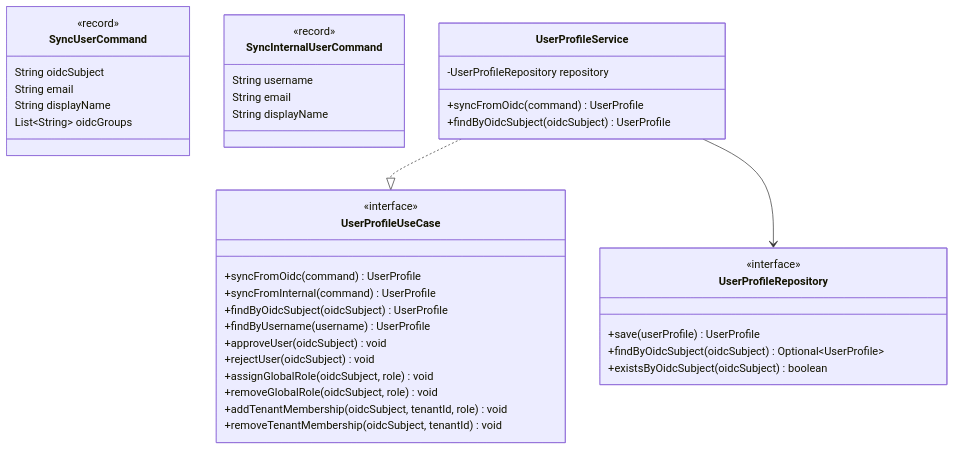
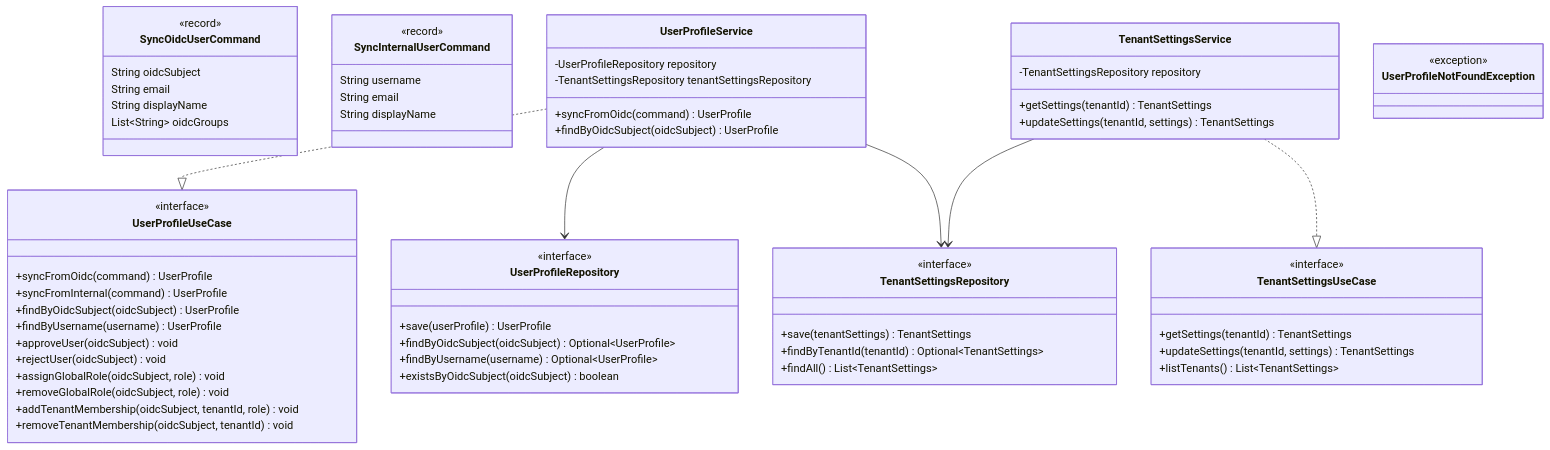
The third of 4 diagrams in docs/design/modules/ROOT/pages/user-management/index.adoc (tomirgang/tomsblog), drawn with Mermaid before and after one commit. The commit also changed other lines of this file and 10 other files, not shown here.

```diff
--- a/docs/design/modules/ROOT/pages/user-management/index.adoc
+++ b/docs/design/modules/ROOT/pages/user-management/index.adoc
@@ -174,48 +174,77 @@
 [mermaid]
 ----
 classDiagram
     class UserProfileUseCase {
         <<interface>>
         +syncFromOidc(command) UserProfile
         +syncFromInternal(command) UserProfile
         +findByOidcSubject(oidcSubject) UserProfile
         +findByUsername(username) UserProfile
         +approveUser(oidcSubject) void
         +rejectUser(oidcSubject) void
         +assignGlobalRole(oidcSubject, role) void
         +removeGlobalRole(oidcSubject, role) void
         +addTenantMembership(oidcSubject, tenantId, role) void
         +removeTenantMembership(oidcSubject, tenantId) void
     }
 
-    class SyncUserCommand {
+    class TenantSettingsUseCase {
+        <<interface>>
+        +getSettings(tenantId) TenantSettings
+        +updateSettings(tenantId, settings) TenantSettings
+        +listTenants() List~TenantSettings~
+    }
+
+    class SyncOidcUserCommand {
         <<record>>
         String oidcSubject
         String email
         String displayName
         List~String~ oidcGroups
     }
 
     class SyncInternalUserCommand {
         <<record>>
         String username
         String email
         String displayName
     }
 
     class UserProfileRepository {
         <<interface>>
         +save(userProfile) UserProfile
         +findByOidcSubject(oidcSubject) Optional~UserProfile~
+        +findByUsername(username) Optional~UserProfile~
         +existsByOidcSubject(oidcSubject) boolean
+    }
+
+    class TenantSettingsRepository {
+        <<interface>>
+        +save(tenantSettings) TenantSettings
+        +findByTenantId(tenantId) Optional~TenantSettings~
+        +findAll() List~TenantSettings~
     }
 
     class UserProfileService {
         -UserProfileRepository repository
+        -TenantSettingsRepository tenantSettingsRepository
         +syncFromOidc(command) UserProfile
         +findByOidcSubject(oidcSubject) UserProfile
     }
 
+    class TenantSettingsService {
+        -TenantSettingsRepository repository
+        +getSettings(tenantId) TenantSettings
+        +updateSettings(tenantId, settings) TenantSettings
+    }
+
+    class UserProfileNotFoundException {
+        <<exception>>
+    }
+
     UserProfileService ..|> UserProfileUseCase
     UserProfileService --> UserProfileRepository
+    UserProfileService --> TenantSettingsRepository
+    TenantSettingsService ..|> TenantSettingsUseCase
+    TenantSettingsService --> TenantSettingsRepository
 ----
```
